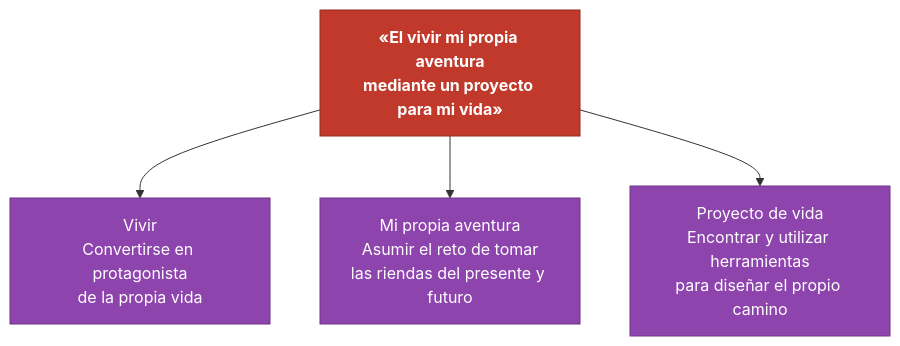
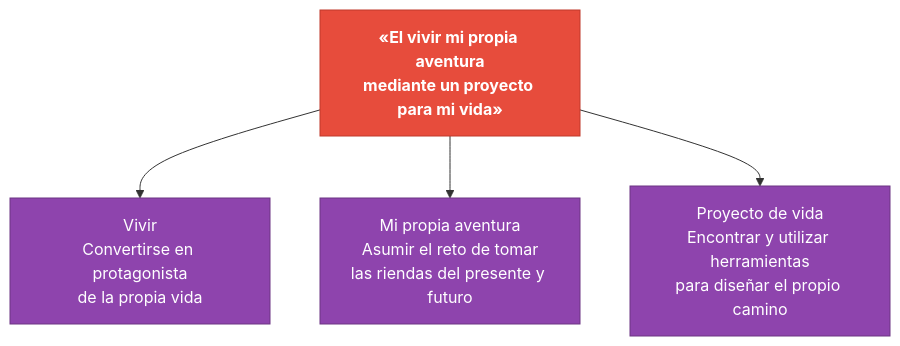
The second of 8 diagrams in docs/base-conocimiento/tips-consejeros/marco-simbolico-clan-rovers.md (conecta-clanes/my-website), drawn with Mermaid before and after one commit. The commit also changed other lines of this file and 51 other files, not shown here.

````diff
--- a/docs/base-conocimiento/tips-consejeros/marco-simbolico-clan-rovers.md
+++ b/docs/base-conocimiento/tips-consejeros/marco-simbolico-clan-rovers.md
@@ -49,18 +49,18 @@
 ```mermaid
 flowchart TB
     MS["«El vivir mi propia aventura<BR>mediante un proyecto para mi vida»"]
 
     D1["Vivir<BR>Convertirse en protagonista<BR>de la propia vida"]
     D2["Mi propia aventura<BR>Asumir el reto de tomar<BR>las riendas del presente y futuro"]
     D3["Proyecto de vida<BR>Encontrar y utilizar herramientas<BR>para diseñar el propio camino"]
 
     MS --> D1
     MS --> D2
     MS --> D3
 
-    classDef central fill:#c0392b,stroke:#922b21,color:#fff,font-weight:bold
+    classDef central fill:#e74c3c,stroke:#c0392b,color:#fff,font-weight:bold
     classDef din fill:#8e44ad,stroke:#6c3483,color:#fff
 
     class MS central
     class D1,D2,D3 din
 ```
````
